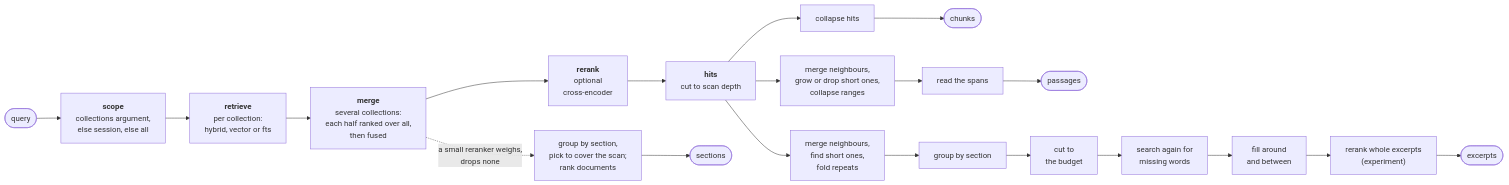
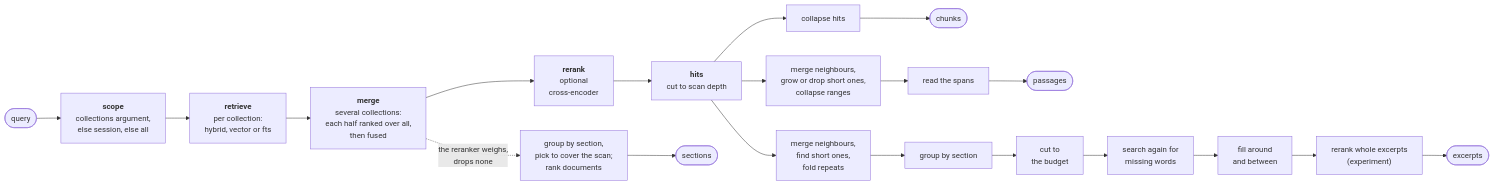
Before and after one commit to haskian/haskie: the first of 3 diagrams in docs/search.md, drawn with Mermaid. The commit also changed other lines of this file and 28 other files, not shown here.

````diff
--- a/docs/search.md
+++ b/docs/search.md
@@ -9,12 +9,12 @@
 ```mermaid
 flowchart LR
     q(["query"]) --> scope["<b>scope</b><br/>collections argument,<br/>else session, else all"]
     scope --> retrieve["<b>retrieve</b><br/>per collection:<br/>hybrid, vector or fts"]
     retrieve --> merge["<b>merge</b><br/>several collections:<br/>each half ranked over all,<br/>then fused"]
     merge --> rerank["<b>rerank</b><br/>optional<br/>cross-encoder"]
     rerank --> hits["<b>hits</b><br/>cut to scan depth"]
     hits --> fchunks["collapse hits"] --> chunks(["chunks"])
     hits --> franges["merge neighbours,<br/>grow or drop short ones,<br/>collapse ranges"] --> read["read the spans"] --> passages(["passages"])
     hits --> jranges["merge neighbours,<br/>find short ones,<br/>fold repeats"] --> group["group by section"] --> budget["cut to<br/>the budget"] --> probe["search again for<br/>missing words"] --> fill["fill around<br/>and between"] --> rerankx["rerank whole excerpts<br/>(experiment)"] --> excerpts(["excerpts"])
-    merge -. "a small reranker weighs,<br/>drops none" .-> mapsec["group by section,<br/>pick to cover the scan;<br/>rank documents"] --> sections(["sections"])
+    merge -. "the reranker weighs,<br/>drops none" .-> mapsec["group by section,<br/>pick to cover the scan;<br/>rank documents"] --> sections(["sections"])
 ```
````
